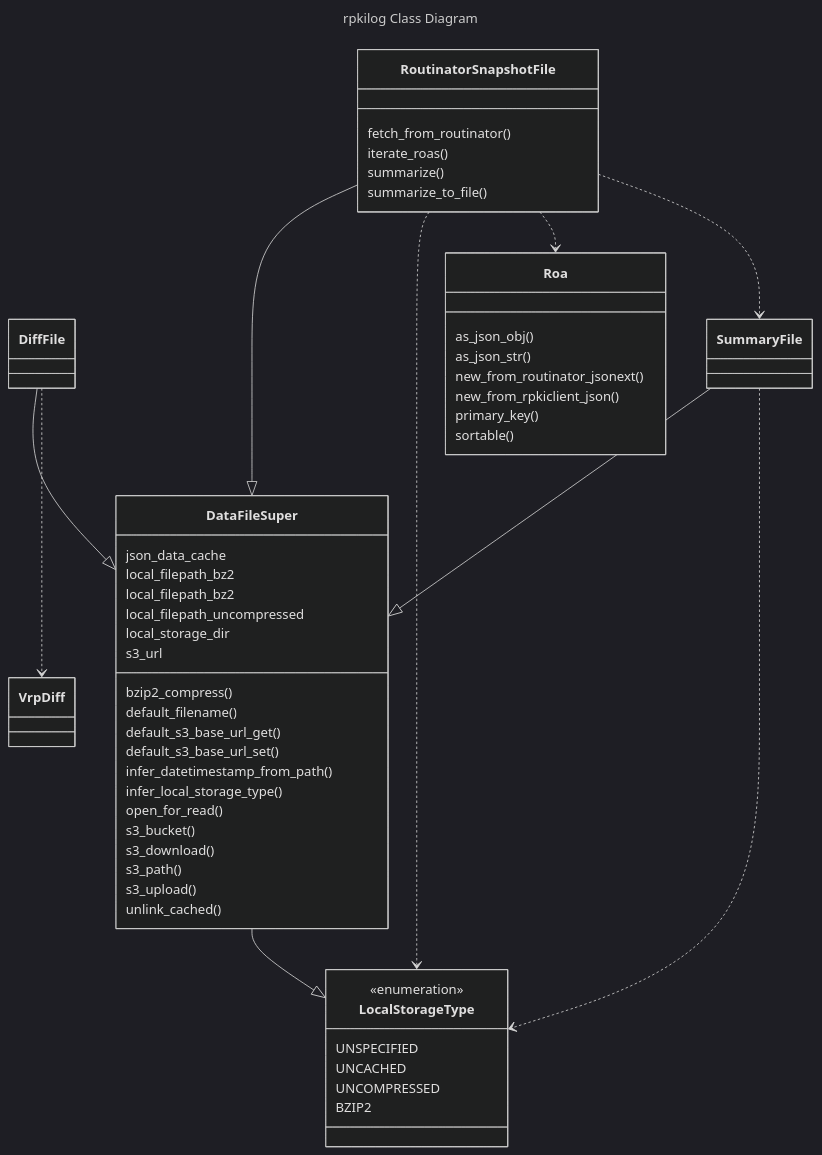
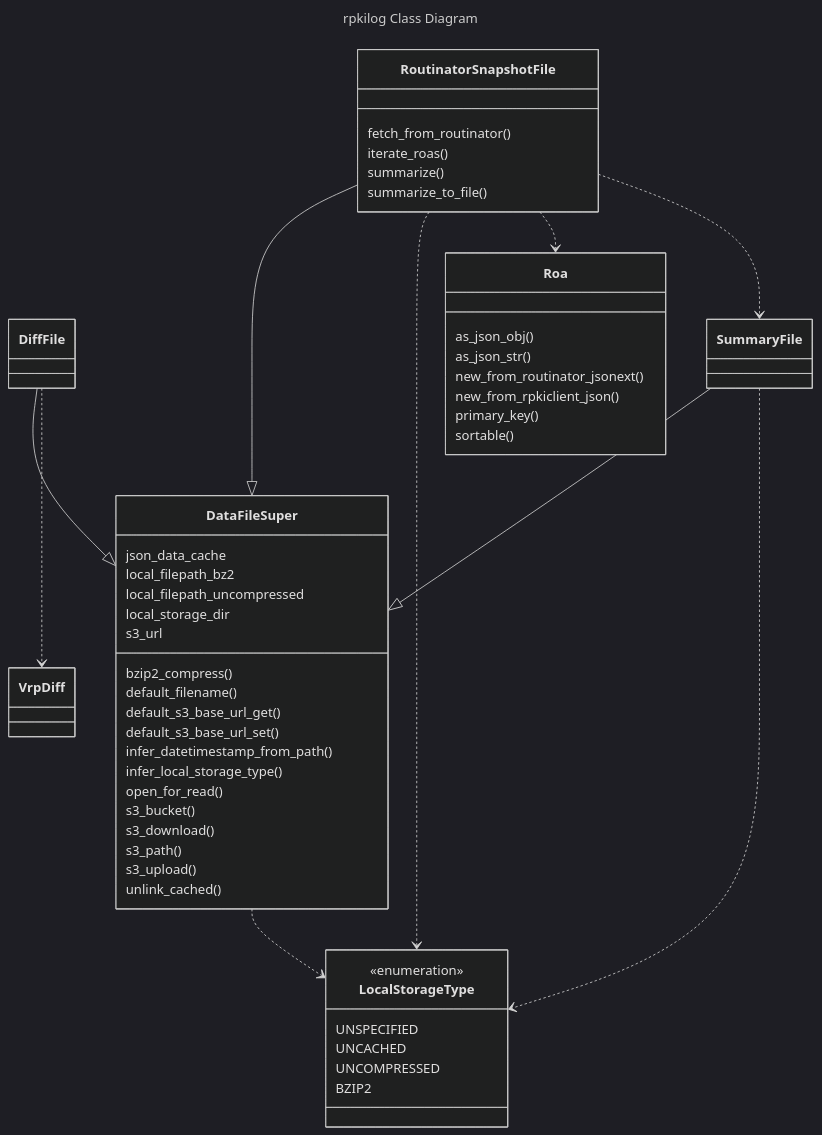
One commit to jeffsw/rpkilog changed the second of 2 diagrams in DEVNOTES.md. Above: the diagram before and after it, drawn with Mermaid (dark theme). The commit also changed 5 other files, not shown here.

````diff
--- a/DEVNOTES.md
+++ b/DEVNOTES.md
@@ -222,70 +222,69 @@
 ```mermaid
 ---
 title: rpkilog Class Diagram
 ---
 classDiagram
     class DataFileSuper {
         bzip2_compress()
         default_filename()
         default_s3_base_url_get()
         default_s3_base_url_set()
         infer_datetimestamp_from_path()
         infer_local_storage_type()
         json_data_cache
         local_filepath_bz2
-        local_filepath_bz2
         local_filepath_uncompressed
         local_storage_dir
         open_for_read()
         s3_bucket()
         s3_download()
         s3_path()
         s3_upload()
         s3_url
         unlink_cached()
     }
-    DataFileSuper --|> LocalStorageType
+    DataFileSuper ..> LocalStorageType
 
     class DiffFile {
         
     }
     DiffFile --|> DataFileSuper
     DiffFile ..> VrpDiff
 
     class LocalStorageType {
         <<enumeration>>
         UNSPECIFIED
         UNCACHED
         UNCOMPRESSED
         BZIP2
     }
     class Roa {
         as_json_obj()
         as_json_str()
         new_from_routinator_jsonext()
         new_from_rpkiclient_json()
         primary_key()
         sortable()
     }
 
     class RoutinatorSnapshotFile {
         fetch_from_routinator()
         iterate_roas()
         summarize()
         summarize_to_file()
     }
     RoutinatorSnapshotFile --|> DataFileSuper
     RoutinatorSnapshotFile ..>  LocalStorageType
     RoutinatorSnapshotFile ..> Roa
     RoutinatorSnapshotFile ..> SummaryFile
 
     class SummaryFile {
         
     }
     SummaryFile --|> DataFileSuper
     SummaryFile ..> LocalStorageType
 
     class VrpDiff {
         
     }
 ```
````
